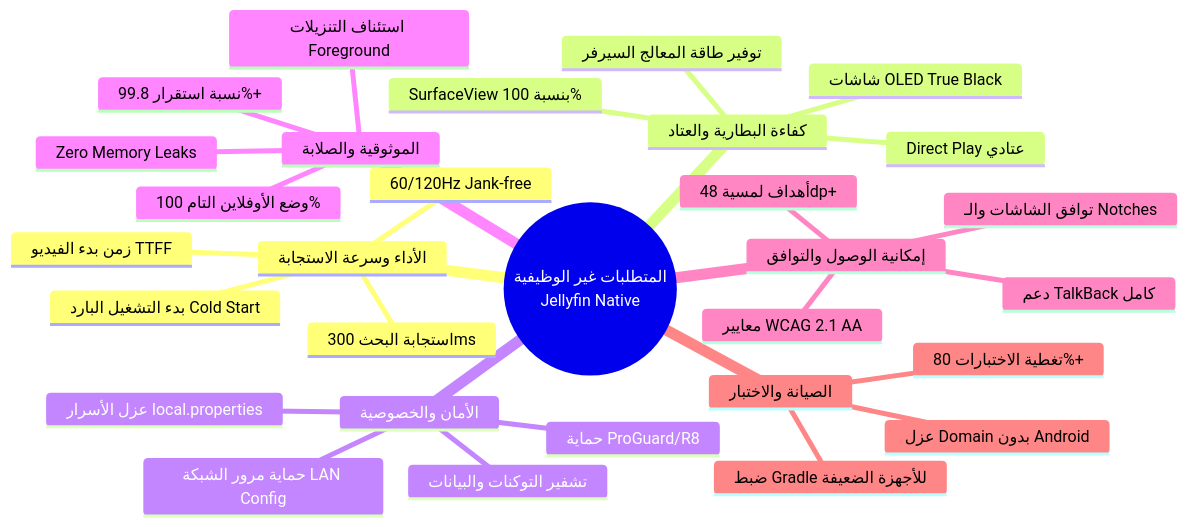
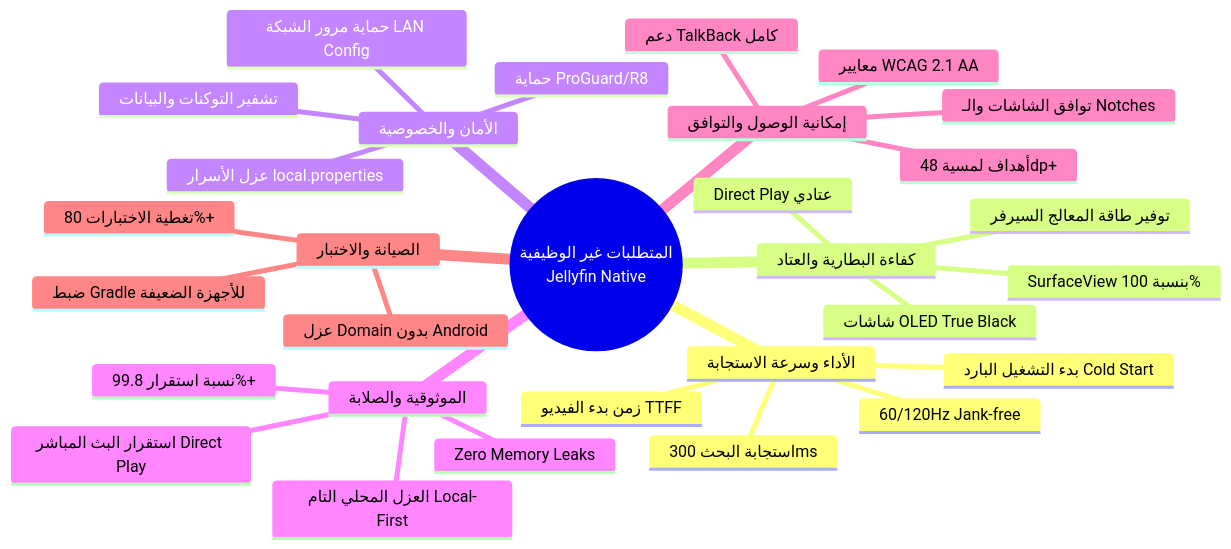
The diagram in docs/foundations/non_functional_requirements.md (0s-a/mdd-tv), drawn with Mermaid before and after one commit. The commit also changed other lines of this file and 120 other files, not shown here.

````diff
--- a/docs/foundations/non_functional_requirements.md
+++ b/docs/foundations/non_functional_requirements.md
@@ -14,33 +14,33 @@
 ```mermaid
 mindmap
   root((المتطلبات غير الوظيفية<br/>Jellyfin Native))
     الأداء وسرعة الاستجابة
       60/120Hz Jank-free
       بدء التشغيل البارد Cold Start
       زمن بدء الفيديو TTFF
       استجابة البحث 300ms
     كفاءة البطارية والعتاد
       Direct Play عتادي
       SurfaceView بنسبة 100%
       توفير طاقة المعالج السيرفر
       شاشات OLED True Black
     الأمان والخصوصية
       عزل الأسرار local.properties
       حماية مرور الشبكة LAN Config
       تشفير التوكنات والبيانات
       حماية ProGuard/R8
     الموثوقية والصلابة
-      وضع الأوفلاين التام 100%
-      استئناف التنزيلات Foreground
+      العزل المحلي التام Local-First
+      استقرار البث المباشر Direct Play
       Zero Memory Leaks
       نسبة استقرار 99.8%+
     إمكانية الوصول والتوافق
       معايير WCAG 2.1 AA
       دعم TalkBack كامل
       أهداف لمسية 48dp+
       توافق الشاشات والـ Notches
     الصيانة والاختبار
       عزل Domain بدون Android
       تغطية الاختبارات 80%+
       ضبط Gradle للأجهزة الضعيفة
 ```
````
